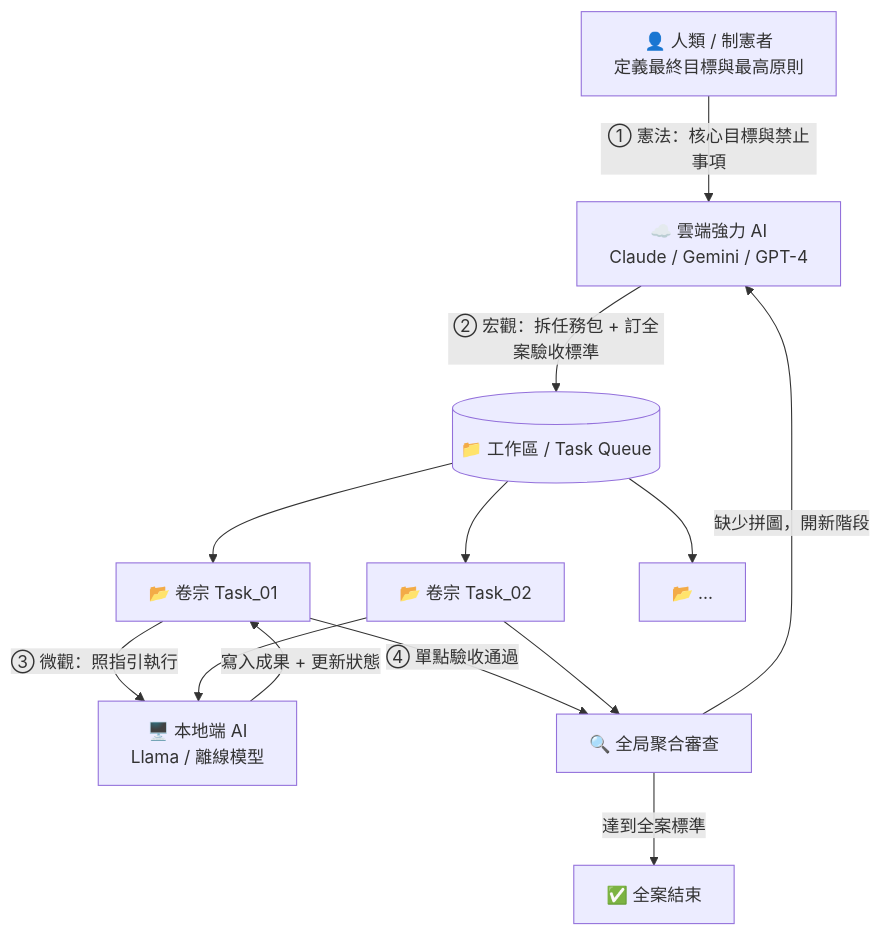
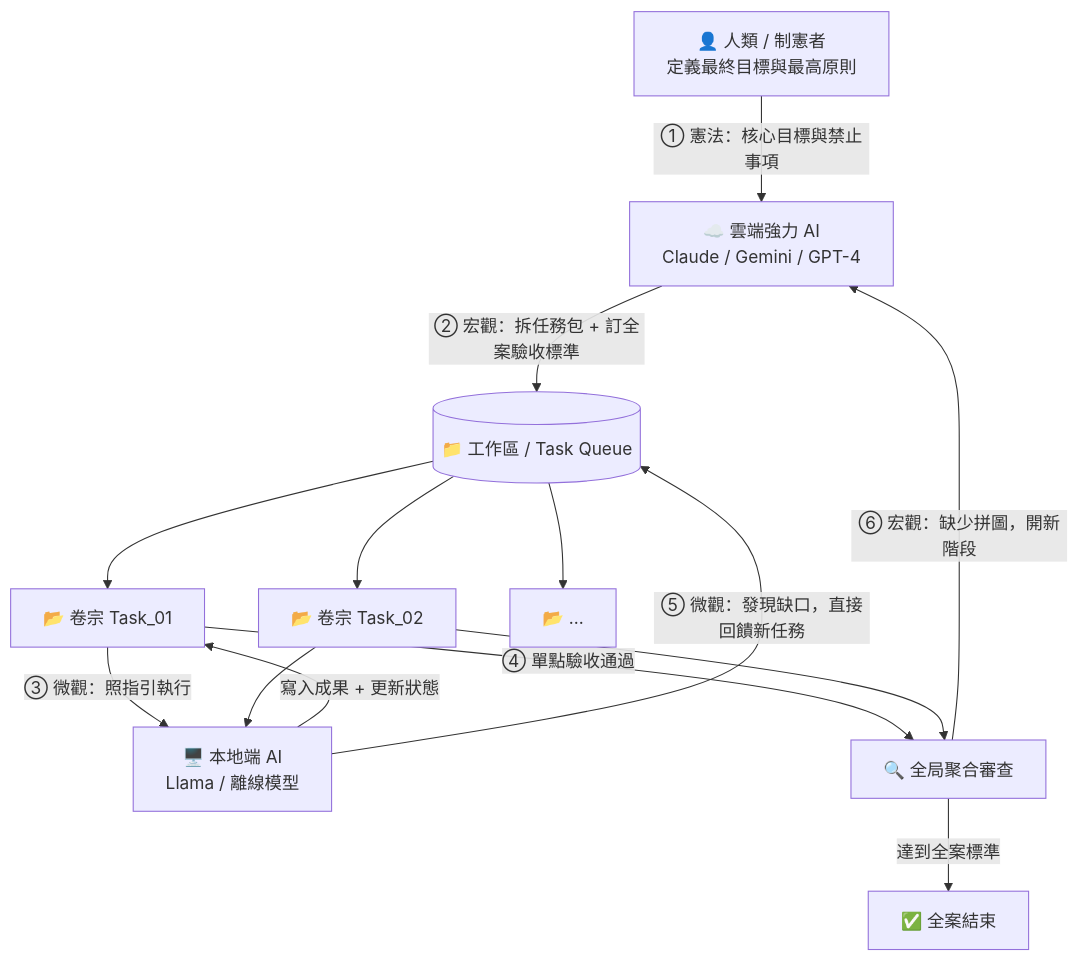
The diagram in C.A.S.E._Framework/README.md (Chiakai-Chang/Local-Agent-Workspace), drawn with Mermaid before and after one commit. The commit also changed other lines of this file and 4 other files, not shown here.

````diff
--- a/C.A.S.E._Framework/README.md
+++ b/C.A.S.E._Framework/README.md
@@ -12,25 +12,26 @@
 ```mermaid
 graph TD
     H["👤 人類 / 制憲者<br/>定義最終目標與最高原則"]
     C["☁️ 雲端強力 AI<br/>Claude / Gemini / GPT-4"]
     TQ[("📁 工作區 / Task Queue")]
     T1["📂 卷宗 Task_01"]
     T2["📂 卷宗 Task_02"]
     TN["📂 ..."]
     LA["🖥️ 本地端 AI<br/>Llama / 離線模型"]
     AGG["🔍 全局聚合審查"]
     DONE["✅ 全案結束"]
 
     H -->|"① 憲法：核心目標與禁止事項"| C
     C -->|"② 宏觀：拆任務包 + 訂全案驗收標準"| TQ
     TQ --> T1
     TQ --> T2
     TQ --> TN
     T1 -->|"③ 微觀：照指引執行"| LA
     LA -->|"寫入成果 + 更新狀態"| T1
     T2 --> LA
     T1 -->|"④ 單點驗收通過"| AGG
     T2 --> AGG
     AGG -->|"達到全案標準"| DONE
-    AGG -->|"缺少拼圖，開新階段"| C
+    AGG -->|"⑥ 宏觀：缺少拼圖，開新階段"| C
+    LA -->|"⑤ 微觀：發現缺口，直接回饋新任務"| TQ
 ```
````
